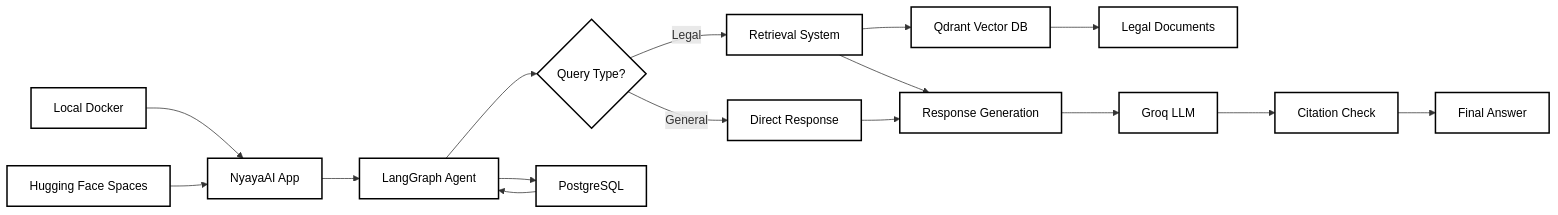
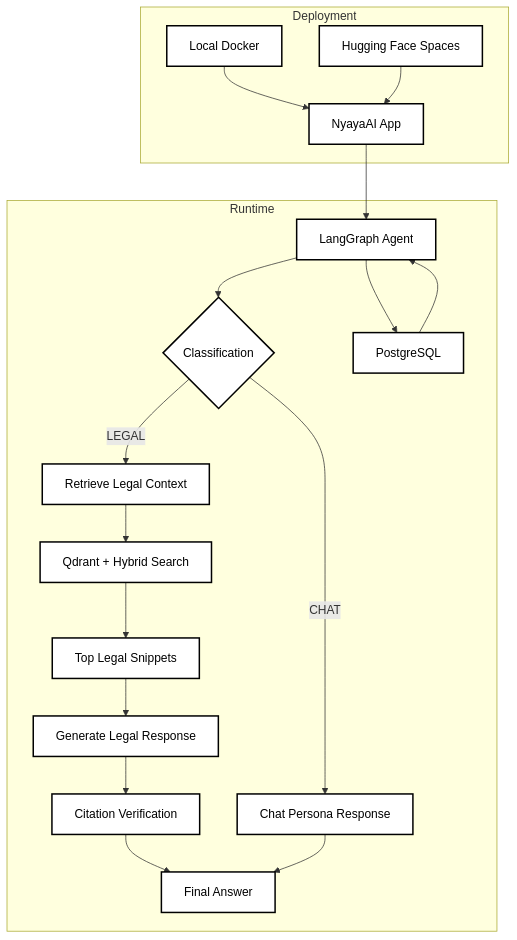
The diagram in README.md (tusharmishra288/LegisYukti), drawn with Mermaid before and after one commit. The commit also changed other lines of this file, not shown here.

Commit message:
simplifying arch diagrams

````diff
--- a/README.md
+++ b/README.md
@@ -53,25 +53,29 @@
 ```mermaid
-flowchart LR
-    A[Local Docker] --> Z[NyayaAI App]
-    B[Hugging Face Spaces] --> Z
+flowchart TB
+    subgraph Deployment
+        A[Local Docker] --> Z[NyayaAI App]
+        B[Hugging Face Spaces] --> Z
+    end
 
-    Z --> C[LangGraph Agent]
-    C --> D{Query Type?}
-    D -->|Legal| E[Retrieval System]
-    D -->|General| F[Direct Response]
+    subgraph Runtime
+        Z --> C[LangGraph Agent]
+        C --> D{Classification}
+        D -->|"LEGAL"| E[Retrieve Legal Context]
+        D -->|"CHAT"| F[Chat Persona Response]
 
-    E --> G[Qdrant Vector DB]
-    G --> H[Legal Documents]
-    E --> I[Response Generation]
+        E --> G[Qdrant + Hybrid Search]
+        G --> H[Top Legal Snippets]
+        H --> I[Generate Legal Response]
+        I --> J[Citation Verification]
+        J --> K[Final Answer]
 
-    F --> I
-    I --> J[Groq LLM]
-    J --> K[Citation Check]
-    K --> L[Final Answer]
+        F --> K
 
-    M[PostgreSQL] --> C
-    C --> M
+        L[PostgreSQL]
+        L --> C
+        C --> L
+    end
 
     classDef box fill:#ffffff,stroke:#000000,stroke-width:2px,color:#000000;
-    class A,B,Z,C,D,E,F,G,H,I,J,K,L,M box;
+    class A,B,Z,C,D,E,F,G,H,I,J,K,L box;
 ```
````
